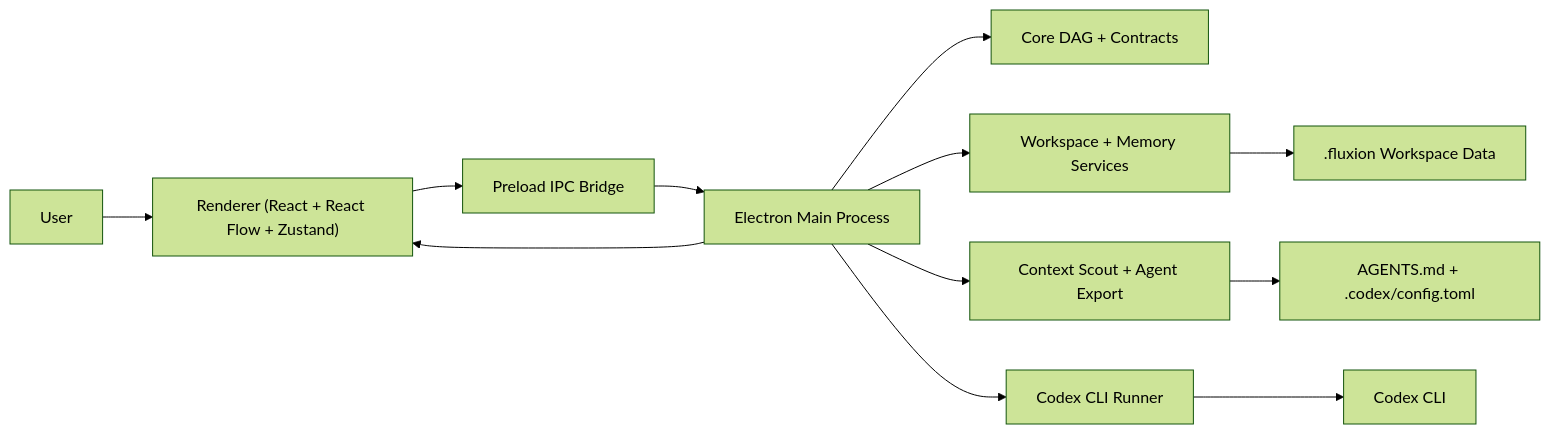
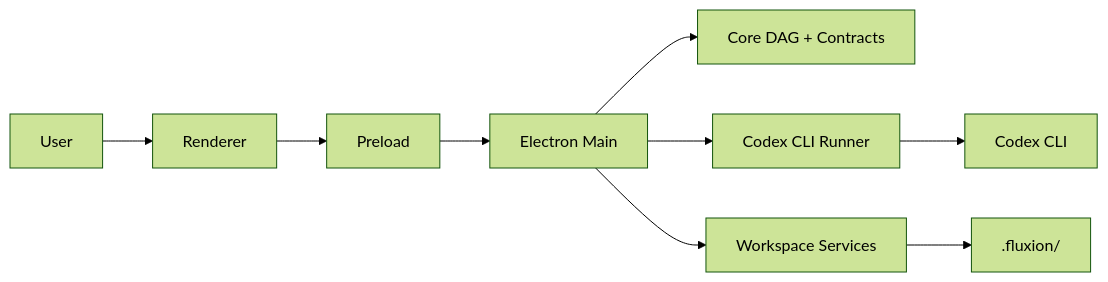
The diagram in README.md (KienNT792/Fluxion), drawn with Mermaid (forest theme) before and after one commit. The commit also changed other lines of this file and 12 other files, not shown here.

````diff
--- a/README.md
+++ b/README.md
@@ -457,14 +121,11 @@
 ```mermaid
 flowchart LR
-  User["User"] --> Renderer["Renderer (React + React Flow + Zustand)"]
-  Renderer --> Preload["Preload IPC Bridge"]
-  Preload --> Main["Electron Main Process"]
+  User["User"] --> Renderer["Renderer"]
+  Renderer --> Preload["Preload"]
+  Preload --> Main["Electron Main"]
   Main --> Core["Core DAG + Contracts"]
-  Main --> Workspace["Workspace + Memory Services"]
-  Main --> Context["Context Scout + Agent Export"]
   Main --> Runner["Codex CLI Runner"]
+  Main --> Workspace["Workspace Services"]
   Runner --> Codex["Codex CLI"]
-  Workspace --> FluxionData[".fluxion Workspace Data"]
-  Context --> AgentFiles["AGENTS.md + .codex/config.toml"]
-  Main --> Renderer
+  Workspace --> FluxionData[".fluxion/"]
 ```
````
